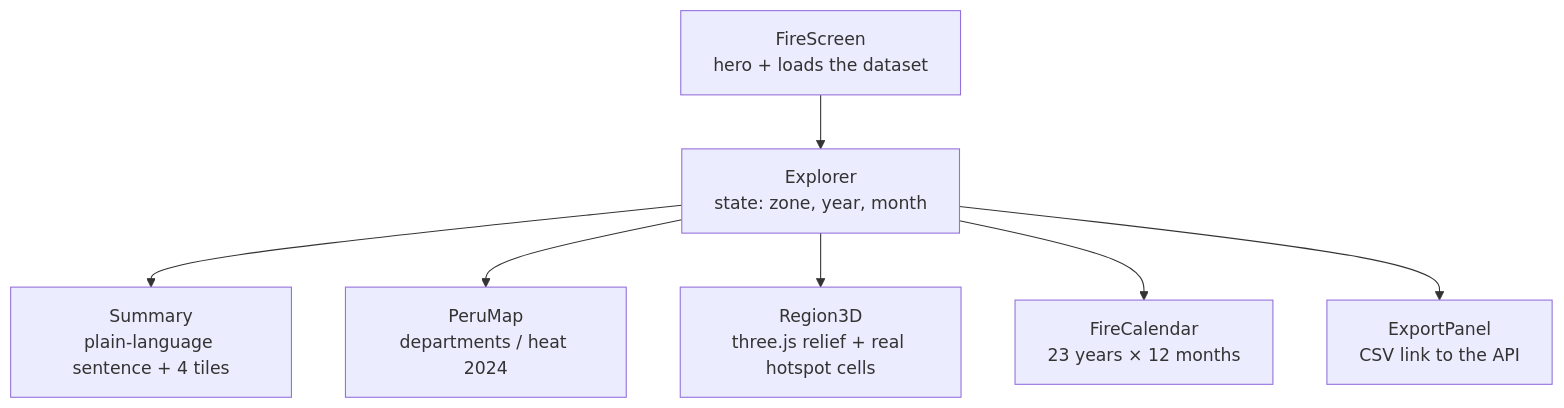
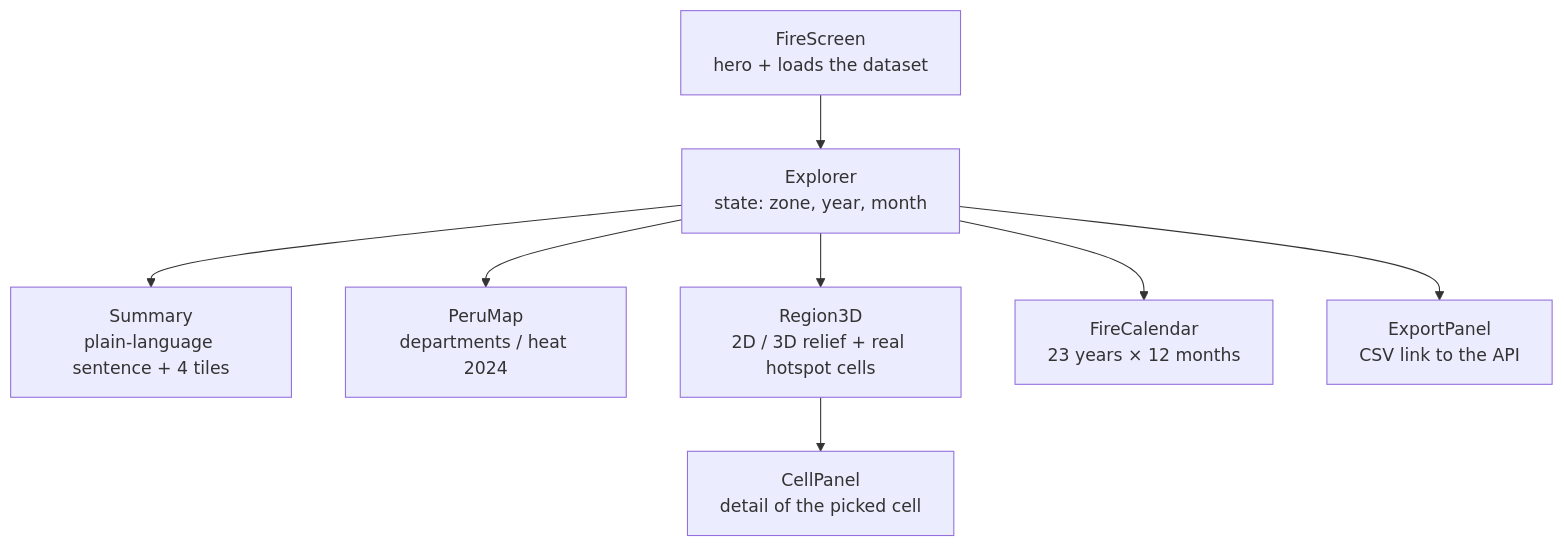
The third of 11 diagrams in frontend/README.md (SebasHuaypar/Yakanas-NASA), drawn with Mermaid before and after one commit. The commit also changed other lines of this file and 17 other files, not shown here.

````diff
--- a/frontend/README.md
+++ b/frontend/README.md
@@ -141,9 +169,10 @@
 ```mermaid
 flowchart TB
     FS["FireScreen<br/>hero + loads the dataset"] --> EX["Explorer<br/>state: zone, year, month"]
     EX --> SUM["Summary<br/>plain-language sentence + 4 tiles"]
     EX --> MAP["PeruMap<br/>departments / heat 2024"]
-    EX --> R3["Region3D<br/>three.js relief + real hotspot cells"]
+    EX --> R3["Region3D<br/>2D / 3D relief + real hotspot cells"]
+    R3 --> CELL["CellPanel<br/>detail of the picked cell"]
     EX --> CAL["FireCalendar<br/>23 years × 12 months"]
     EX --> EXP["ExportPanel<br/>CSV link to the API"]
 ```
````
